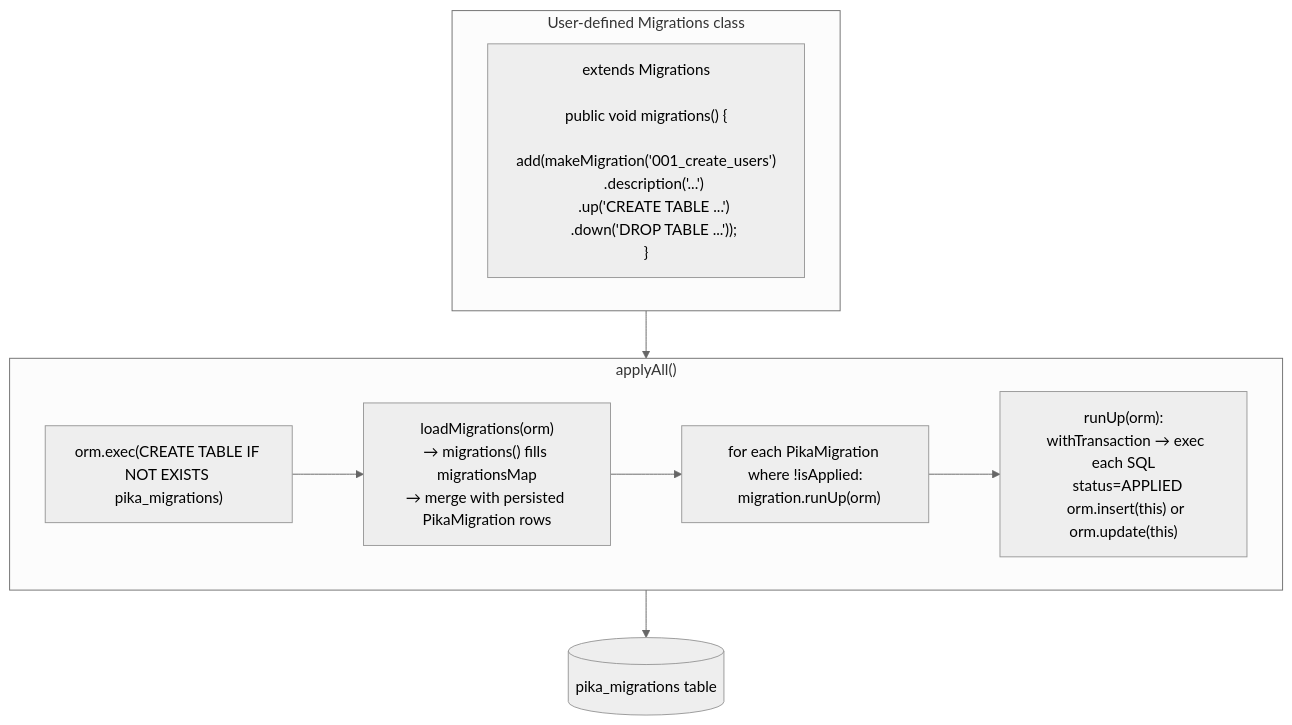
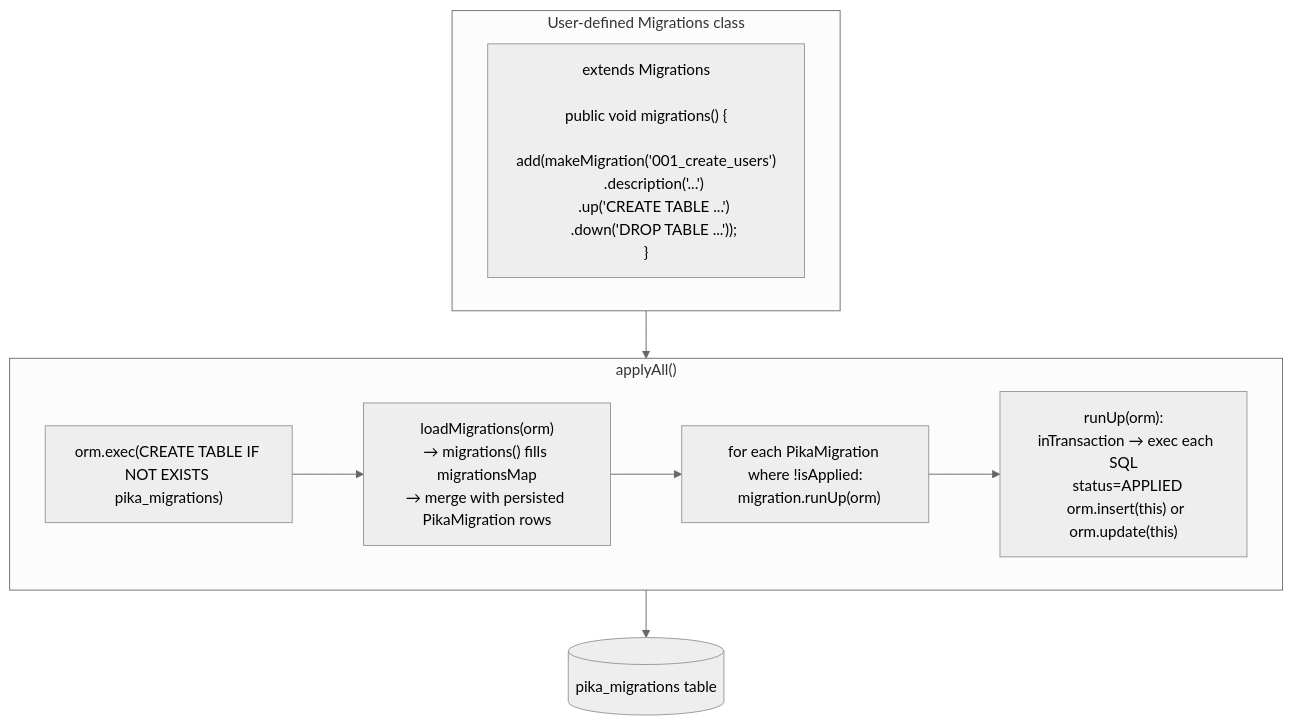
Diagram 13 of 17 in docs/pages/references/system-understanding/architecture.md (msu/pika-orm), drawn with Mermaid (neutral theme) before and after one commit. The commit also changed other lines of this file and 6 other files, not shown here.

````diff
--- a/docs/pages/references/system-understanding/architecture.md
+++ b/docs/pages/references/system-understanding/architecture.md
@@ -780,16 +780,16 @@
 ```mermaid
 flowchart TD
     subgraph DEF ["User-defined Migrations class"]
         UD["extends Migrations\n\npublic void migrations() {\n  add(makeMigration('001_create_users')\n    .description('...')\n    .up('CREATE TABLE ...')\n    .down('DROP TABLE ...'));\n}"]
     end
 
     subgraph APPLY ["applyAll()"]
         A1["orm.exec(CREATE TABLE IF NOT EXISTS pika_migrations)"]
         A1 --> A2["loadMigrations(orm)\n→ migrations() fills migrationsMap\n→ merge with persisted PikaMigration rows"]
         A2 --> A3["for each PikaMigration where !isApplied:\n  migration.runUp(orm)"]
-        A3 --> A4["runUp(orm):\n  withTransaction → exec each SQL\n  status=APPLIED\n  orm.insert(this) or orm.update(this)"]
+        A3 --> A4["runUp(orm):\n  inTransaction → exec each SQL\n  status=APPLIED\n  orm.insert(this) or orm.update(this)"]
     end
 
     DEF --> APPLY
     APPLY --> DB[(pika_migrations table)]
 ```
````
